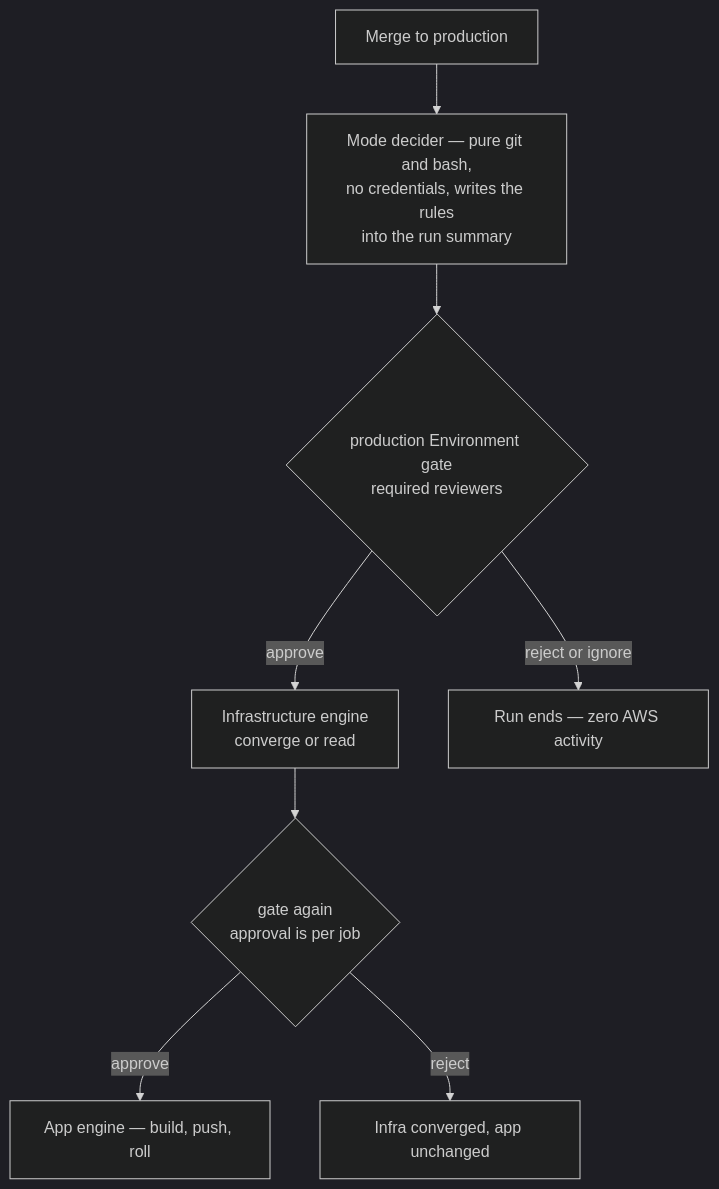
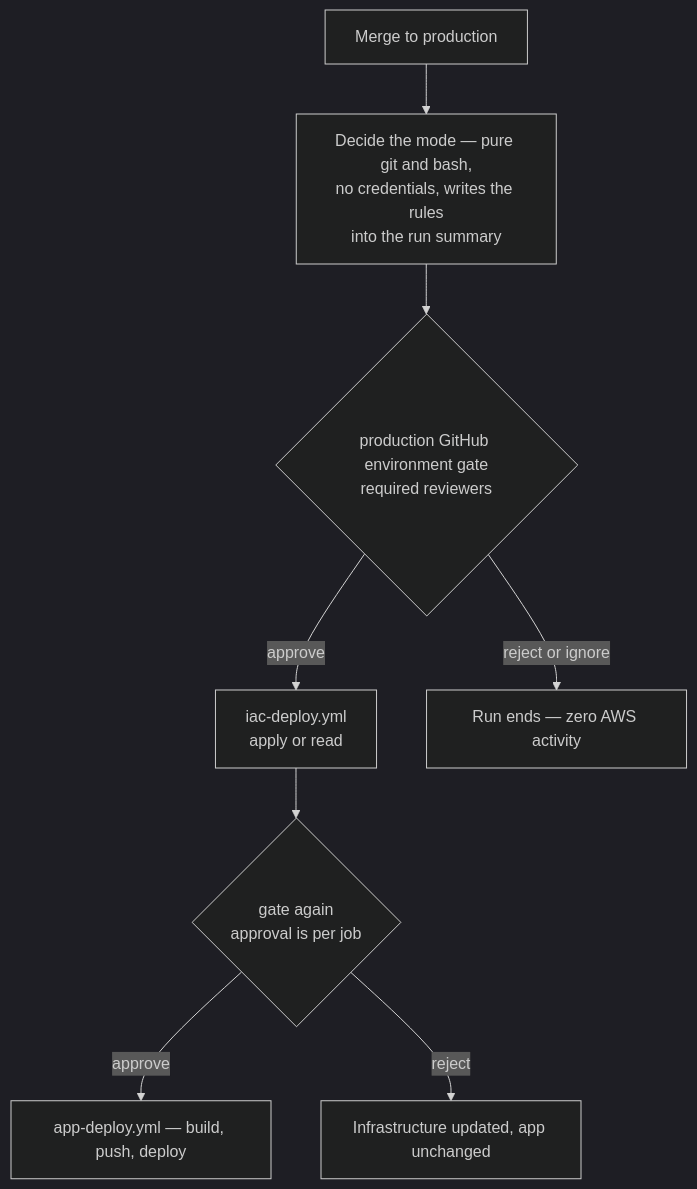
Before and after one commit to NASA-IMPACT/MMGIS: the second of 2 diagrams in docs/infrastructure/pipelines.md, drawn with Mermaid (dark theme). The commit also changed other lines of this file and 4 other files, not shown here.

````diff
--- a/docs/infrastructure/pipelines.md
+++ b/docs/infrastructure/pipelines.md
@@ -70,10 +112,10 @@
 ```mermaid
 flowchart TD
-    M["Merge to production"] --> D["Mode decider — pure git and bash,<br/>no credentials, writes the rules<br/>into the run summary"]
-    D --> G1{"production Environment gate<br/>required reviewers"}
-    G1 -->|approve| I["Infrastructure engine<br/>converge or read"]
+    M["Merge to production"] --> D["Decide the mode — pure git and bash,<br/>no credentials, writes the rules<br/>into the run summary"]
+    D --> G1{"production GitHub environment gate<br/>required reviewers"}
+    G1 -->|approve| I["iac-deploy.yml<br/>apply or read"]
     G1 -->|"reject or ignore"| X["Run ends — zero AWS activity"]
     I --> G2{"gate again<br/>approval is per job"}
-    G2 -->|approve| A["App engine — build, push, roll"]
-    G2 -->|reject| Y["Infra converged, app unchanged"]
+    G2 -->|approve| A["app-deploy.yml — build, push, deploy"]
+    G2 -->|reject| Y["Infrastructure updated, app unchanged"]
 ```
````
